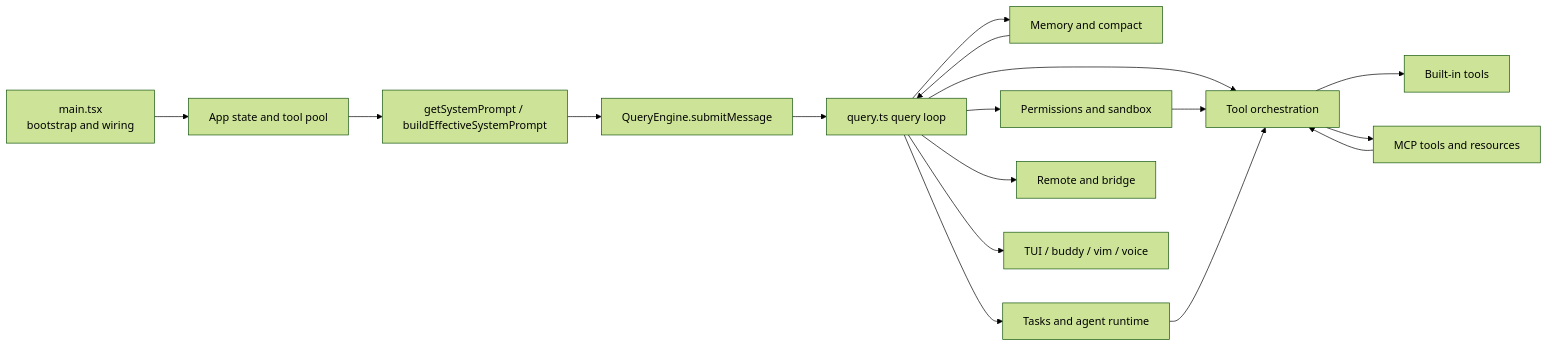
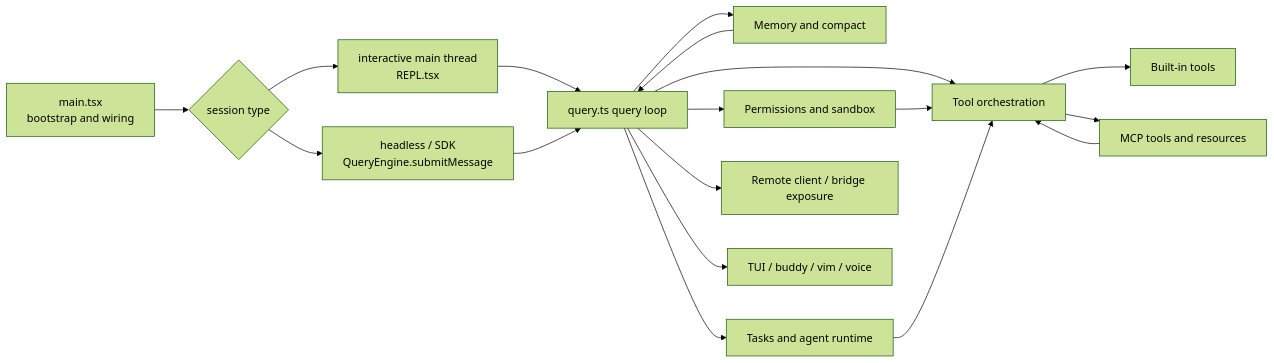
Before and after one commit to Boulea7/ClaudeCode-Source-DeepDive: the first of 3 diagrams in ARCHITECTURE.md, drawn with Mermaid (forest theme). The commit also changed other lines of this file and 7 other files, not shown here.

````diff
--- a/ARCHITECTURE.md
+++ b/ARCHITECTURE.md
@@ -15,19 +16,20 @@
 ```mermaid
 flowchart LR
-    A[main.tsx<br/>bootstrap and wiring] --> B[App state and tool pool]
-    B --> C[getSystemPrompt / buildEffectiveSystemPrompt]
-    C --> D[QueryEngine.submitMessage]
-    D --> E[query.ts query loop]
+    A[main.tsx<br/>bootstrap and wiring] --> B{session type}
+    B --> C[interactive main thread<br/>REPL.tsx]
+    B --> D[headless / SDK<br/>QueryEngine.submitMessage]
+    C --> E[query.ts query loop]
+    D --> E
     E --> F[Tool orchestration]
     F --> G[Built-in tools]
     F --> H[MCP tools and resources]
     E --> I[Memory and compact]
     E --> J[Permissions and sandbox]
     E --> K[Tasks and agent runtime]
-    E --> L[Remote and bridge]
+    E --> L[Remote client / bridge exposure]
     E --> M[TUI / buddy / vim / voice]
     I --> E
     J --> F
     H --> F
     K --> F
 ```
````
